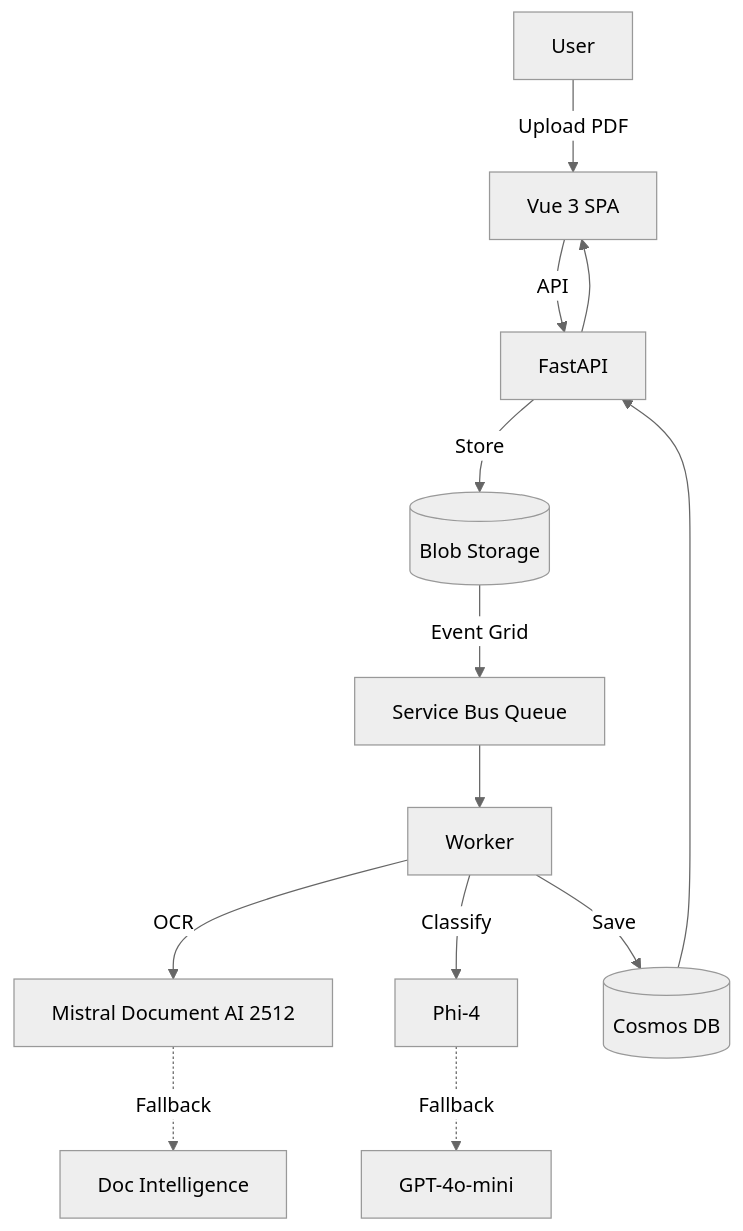
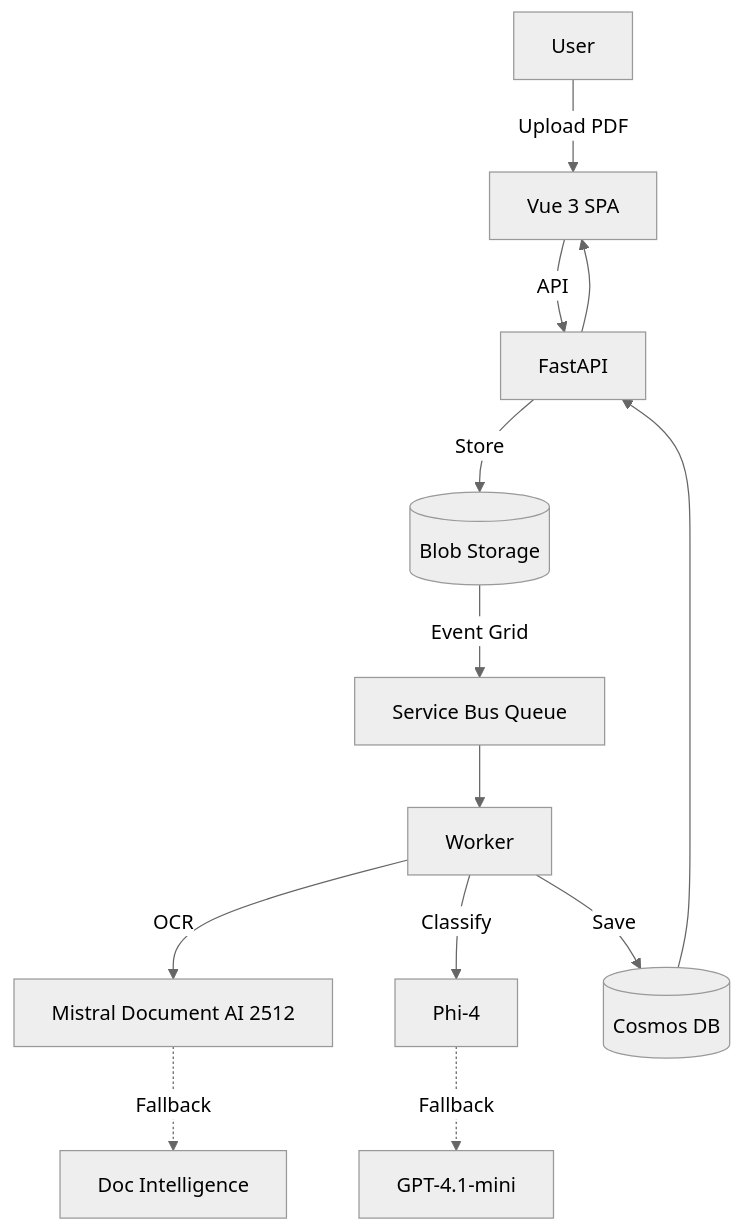
The second of 2 diagrams in README.md (olivMertens/ClassyMail), drawn with Mermaid (neutral theme) before and after one commit. The commit also changed other lines of this file and 38 other files, not shown here.

````diff
--- a/README.md
+++ b/README.md
@@ -131,15 +131,15 @@
 ```mermaid
 flowchart TD
     user[User] -->|Upload PDF| ui["Vue 3 SPA"]
     ui -->|API| api["FastAPI"]
     api -->|Store| blob[("Blob Storage")]
     blob -->|Event Grid| sbq["Service Bus Queue"]
     sbq --> worker["Worker"]
     worker -->|OCR| ocr["Mistral Document AI 2512"]
     ocr -.->|Fallback| di["Doc Intelligence"]
     worker -->|Classify| phi4["Phi-4"]
-    phi4 -.->|Fallback| gpt["GPT-4o-mini"]
+    phi4 -.->|Fallback| gpt["GPT-4.1-mini"]
     worker -->|Save| cosmos[("Cosmos DB")]
     cosmos --> api
     api --> ui
 ```
````
